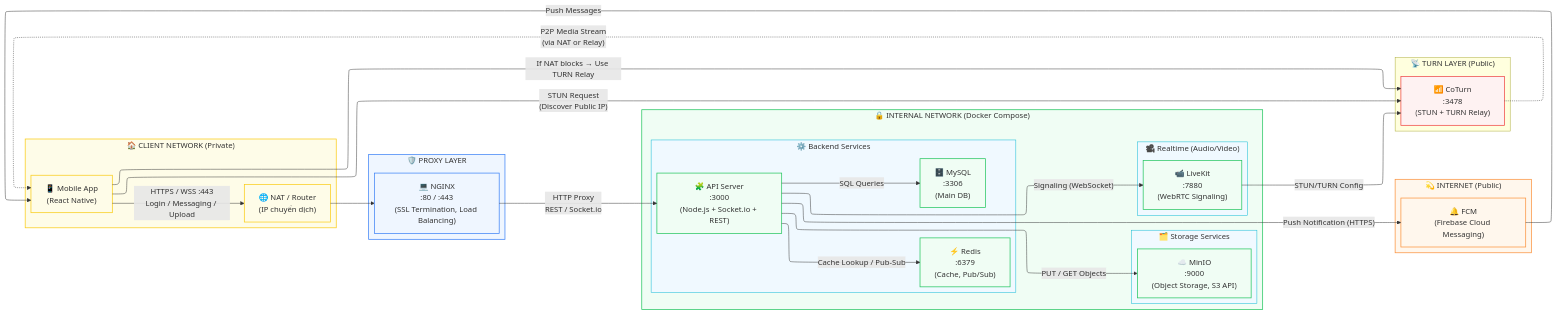
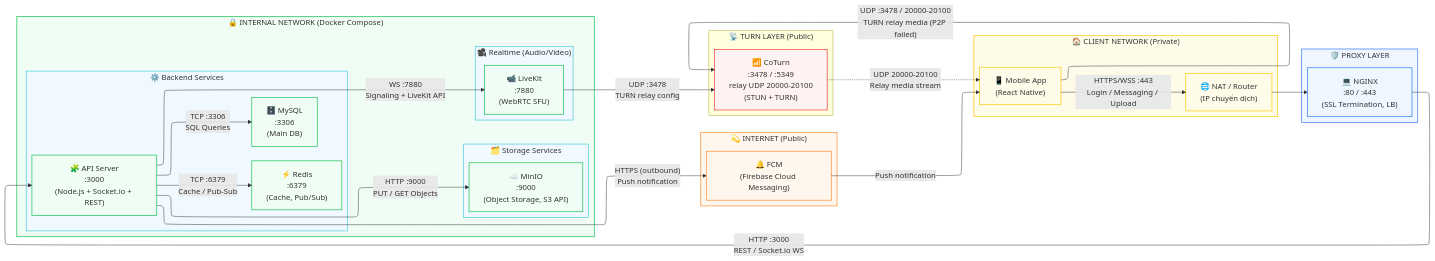
One commit to dinhhoang235/Chat-App changed the diagram in docs/system_architecture.md. Above: the diagram before and after it, drawn with Mermaid. The commit also changed other lines of this file and 2 other files, not shown here.

````diff
--- a/docs/system_architecture.md
+++ b/docs/system_architecture.md
@@ -29,72 +29,71 @@
 ```mermaid
 ---
 config:
   layout: elk
 ---
 flowchart LR
     %% === GROUPS ===
     subgraph ClientSide["🏠 CLIENT NETWORK (Private)"]
         Mobile["📱 Mobile App<br/>(React Native)"]
         NAT["🌐 NAT / Router<br/>(IP chuyển dịch)"]
     end         
 
     subgraph Internet["💫 INTERNET (Public)"]
         FCM["🔔 FCM<br/>(Firebase Cloud Messaging)"]
     end
 
     subgraph Proxy["🛡️ PROXY LAYER"]
-        Nginx["💻 NGINX<br/>:80 / :443<br/>(SSL Termination, Load Balancing)"]
+        Nginx["💻 NGINX<br/>:80 / :443<br/>(SSL Termination, LB)"]
     end
 
     subgraph Internal["🔒 INTERNAL NETWORK (Docker Compose)"]
         subgraph Backend["⚙️ Backend Services"]
             API["🧩 API Server<br/>:3000<br/>(Node.js + Socket.io + REST)"]
             Redis["⚡ Redis<br/>:6379<br/>(Cache, Pub/Sub)"]
             MySQL["🗄️ MySQL<br/>:3306<br/>(Main DB)"]
         end
 
         subgraph Storage["🗂️ Storage Services"]
             MinIO["☁️ MinIO<br/>:9000<br/>(Object Storage, S3 API)"]
         end
 
         subgraph Realtime["🎥 Realtime (Audio/Video)"]
-            LiveKit["📹 LiveKit<br/>:7880<br/>(WebRTC Signaling)"]
+            LiveKit["📹 LiveKit<br/>:7880<br/>(WebRTC SFU)"]
         end
     end
 
     subgraph TURN["📡 TURN LAYER (Public)"]
-        CoTurn["📶 CoTurn<br/>:3478<br/>(STUN + TURN Relay)"]
+        CoTurn["📶 CoTurn<br/>:3478 / :5349<br/>relay UDP 20000-20100<br/>(STUN + TURN)"]
     end
 
     %% === FLOWS ===
-    Mobile -->|"STUN Request<br/>(Discover Public IP)"| CoTurn
-    Mobile -->|"If NAT blocks → Use TURN Relay"| CoTurn
-    Mobile -->|"HTTPS / WSS :443<br/>Login / Messaging / Upload"| NAT
+    Mobile -->|"UDP :3478 / 20000-20100<br/>TURN relay media (P2P failed)"| CoTurn
+    Mobile -->|"HTTPS/WSS :443<br/>Login / Messaging / Upload"| NAT
     NAT --> Nginx
-    FCM -->|"Push Messages"| Mobile
+    FCM -->|"Push notification"| Mobile
 
-    Nginx -->|"HTTP Proxy<br/>REST / Socket.io"| API
-    API -->|"SQL Queries"| MySQL
-    API -->|"Cache Lookup / Pub-Sub"| Redis
-    API -->|"PUT / GET Objects"| MinIO
-    API -->|"Signaling (WebSocket)"| LiveKit
-    API -->|"Push Notification (HTTPS)"| FCM
-    LiveKit -->|"STUN/TURN Config"| CoTurn
-    CoTurn -.->|"P2P Media Stream<br/>(via NAT or Relay)"| Mobile
+    Nginx -->|"HTTP :3000<br/>REST / Socket.io WS"| API
+    API -->|"TCP :3306<br/>SQL Queries"| MySQL
+    API -->|"TCP :6379<br/>Cache / Pub-Sub"| Redis
+    API -->|"HTTP :9000<br/>PUT / GET Objects"| MinIO
+    API -->|"WS :7880<br/>Signaling + LiveKit API"| LiveKit
+    API -->|"HTTPS (outbound)<br/>Push notification"| FCM
+    LiveKit -->|"UDP :3478<br/>TURN relay config"| CoTurn
+    CoTurn -.->|"UDP 20000-20100<br/>Relay media stream"| Mobile
 
     %% === STYLE CLASSES ===
     classDef client fill:#fefce8,stroke:#facc15,stroke-width:1.5px,color:#333
     classDef internet fill:#fff7ed,stroke:#fb923c,stroke-width:1.5px,color:#333
     classDef proxy fill:#eff6ff,stroke:#3b82f6,stroke-width:1.5px,color:#333
     classDef internal fill:#f0fdf4,stroke:#22c55e,stroke-width:1.5px,color:#333
     classDef turn fill:#fef2f2,stroke:#ef4444,stroke-width:1.5px,color:#333
     classDef subgroup fill:#f0f9ff,stroke:#06b6d4,stroke-width:1px,color:#333
 
     class ClientSide,Mobile,NAT client
-    class Internet,FCM internet
+    class Internet,FCM,GoogleSTUN internet
     class Proxy,Nginx proxy
     class Internal internal
     class Backend,Storage,Realtime subgroup
     class API,MySQL,Redis,MinIO,LiveKit internal
     class CoTurn turn
 ```
````
